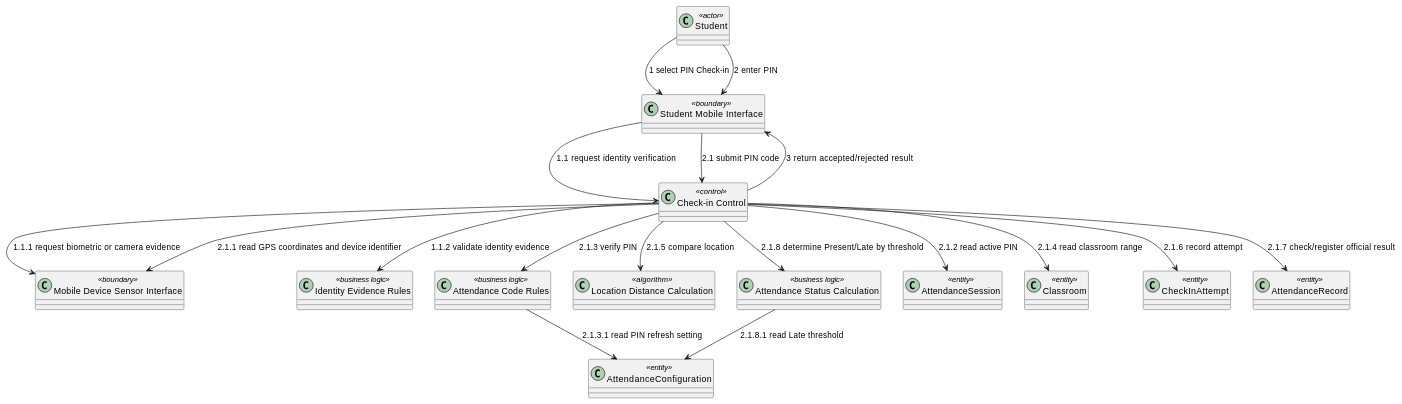
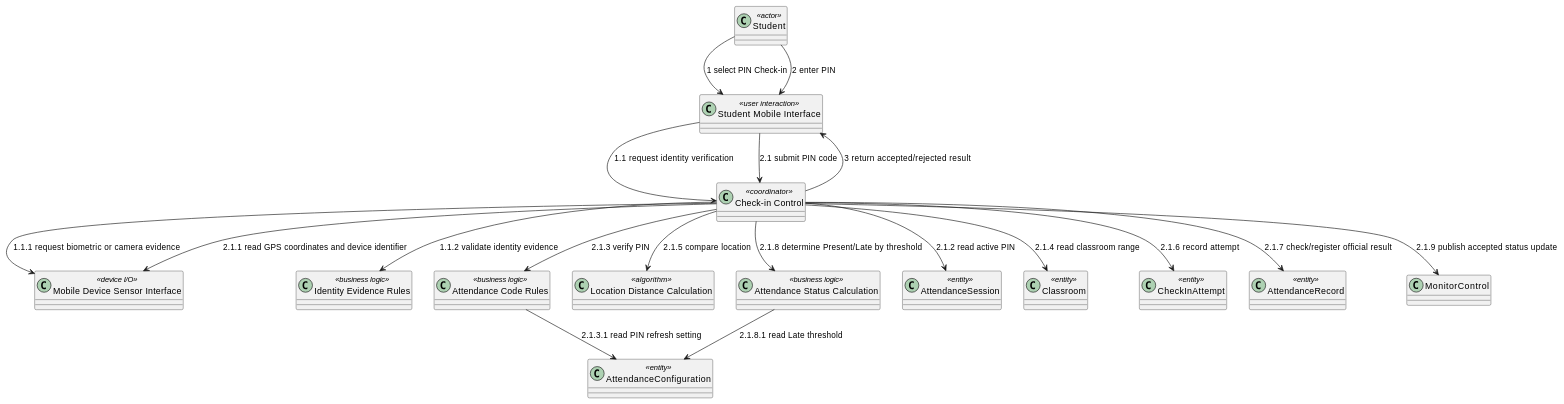
One commit to nttung42/SWD392 changed diagram 14 of 29 in docs/sds/2_Analysis.md. Above: the diagram before and after it, drawn with PlantUML. The commit also changed other lines of this file and 1 other file, not shown here.

````diff
--- a/docs/sds/2_Analysis.md
+++ b/docs/sds/2_Analysis.md
@@ -673,35 +718,36 @@
 ```plantuml
 @startuml
 class "Student" as Student <<actor>>
-class "Student Mobile Interface" as StudentUI <<boundary>>
-class "Check-in Control" as CheckInControl <<control>>
-class "Mobile Device Sensor Interface" as MobileSensor <<boundary>>
+class "Student Mobile Interface" as StudentUI <<user interaction>>
+class "Check-in Control" as CheckInControl <<coordinator>>
+class "Mobile Device Sensor Interface" as MobileSensor <<device I/O>>
 class "Identity Evidence Rules" as IdentityRules <<business logic>>
 class "Attendance Code Rules" as CodeRules <<business logic>>
 class "Location Distance Calculation" as DistanceCalc <<algorithm>>
 class "Attendance Status Calculation" as StatusRules <<business logic>>
 class "AttendanceSession" as AttendanceSession <<entity>>
 class "AttendanceConfiguration" as AttendanceConfig <<entity>>
 class "Classroom" as Classroom <<entity>>
 class "CheckInAttempt" as CheckInAttempt <<entity>>
 class "AttendanceRecord" as AttendanceRecord <<entity>>
 
 Student --> StudentUI : 1 select PIN Check-in
 StudentUI --> CheckInControl : 1.1 request identity verification
 CheckInControl --> MobileSensor : 1.1.1 request biometric or camera evidence
 CheckInControl --> IdentityRules : 1.1.2 validate identity evidence
 Student --> StudentUI : 2 enter PIN
 StudentUI --> CheckInControl : 2.1 submit PIN code
 CheckInControl --> MobileSensor : 2.1.1 read GPS coordinates and device identifier
 CheckInControl --> AttendanceSession : 2.1.2 read active PIN
 CheckInControl --> CodeRules : 2.1.3 verify PIN
 CodeRules --> AttendanceConfig : 2.1.3.1 read PIN refresh setting
 CheckInControl --> Classroom : 2.1.4 read classroom range
 CheckInControl --> DistanceCalc : 2.1.5 compare location
 CheckInControl --> CheckInAttempt : 2.1.6 record attempt
 CheckInControl --> AttendanceRecord : 2.1.7 check/register official result
 CheckInControl --> StatusRules : 2.1.8 determine Present/Late by threshold
 StatusRules --> AttendanceConfig : 2.1.8.1 read Late threshold
+CheckInControl --> MonitorControl : 2.1.9 publish accepted status update
 CheckInControl --> StudentUI : 3 return accepted/rejected result
 @enduml
 ```
````
